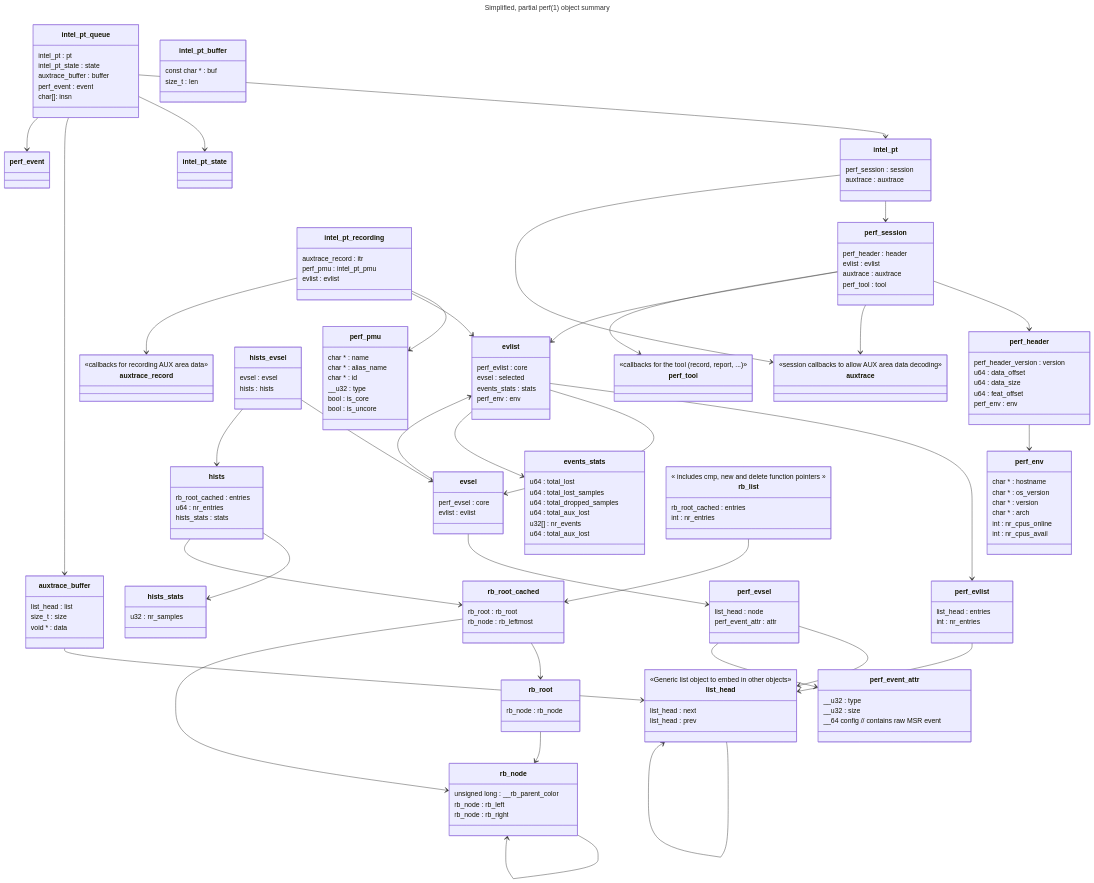
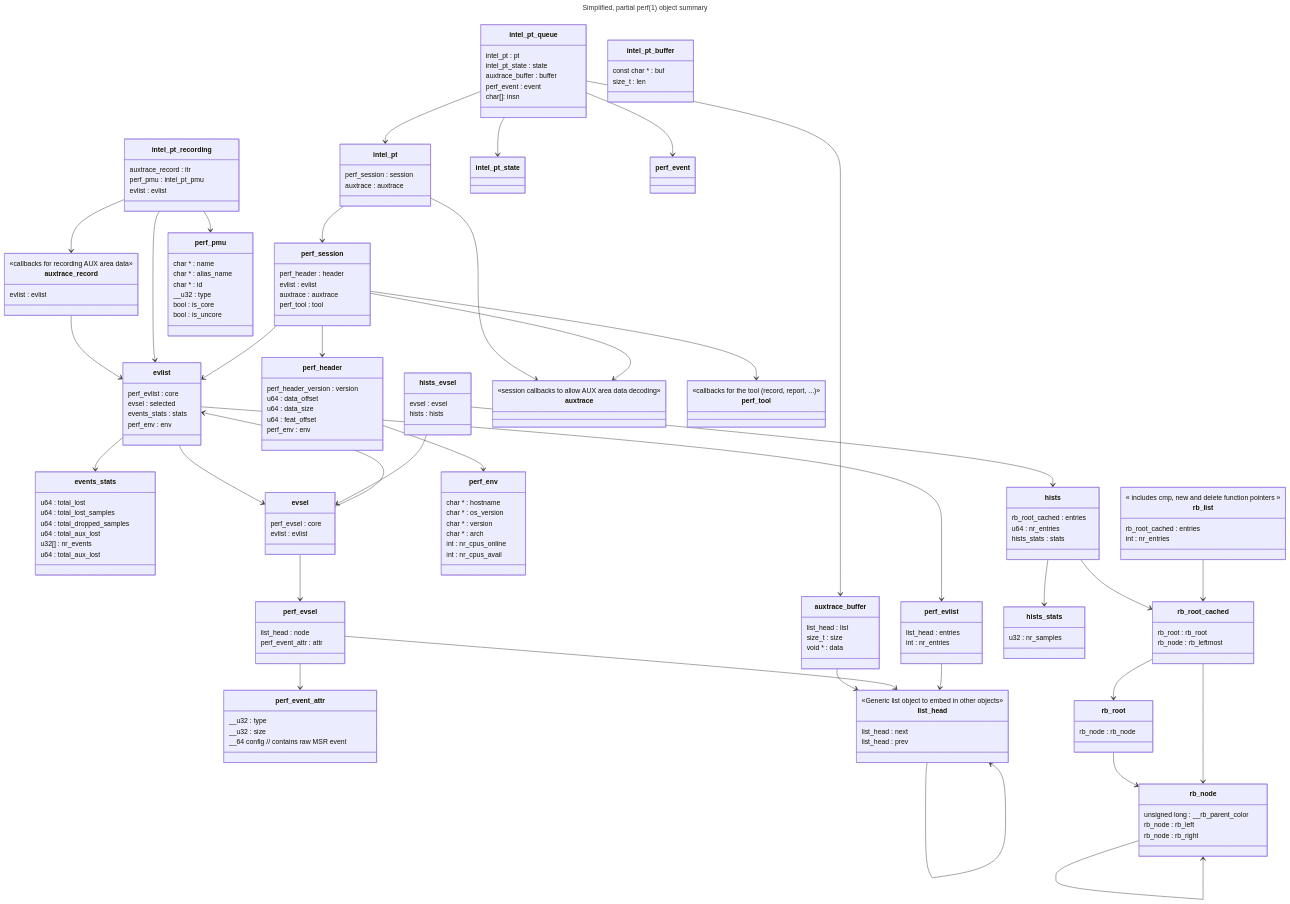
One commit to jamesodhunt/foo changed the diagram in mermaid-classes-2.md. Above: the diagram before and after it, drawn with Mermaid.

```diff
--- a/mermaid-classes-2.md
+++ b/mermaid-classes-2.md
@@ -121,6 +121,8 @@
 
     class auxtrace_record {
       <<callbacks for recording AUX area data>>
+
+      evlist : evlist
     }
 
     class perf_pmu {
@@ -162,6 +164,8 @@
 
     auxtrace_buffer --> list_head
     
+    auxtrace_record --> evlist
+
     evlist --> perf_evlist
     evlist --> evsel
     evlist --> events_stats
```
